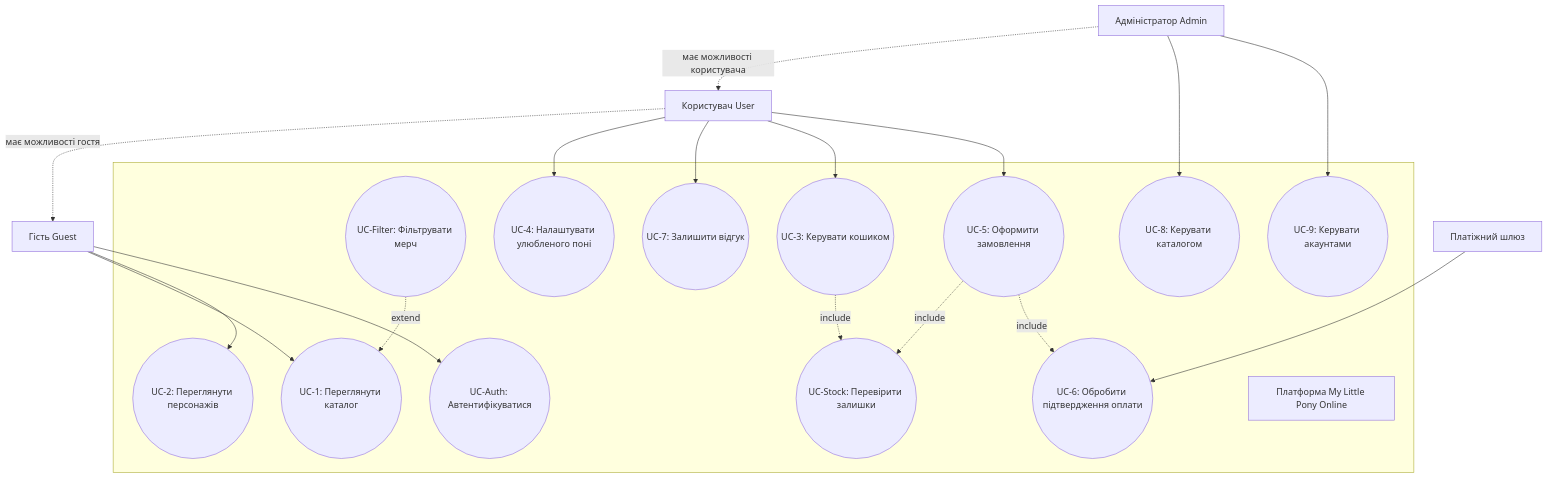
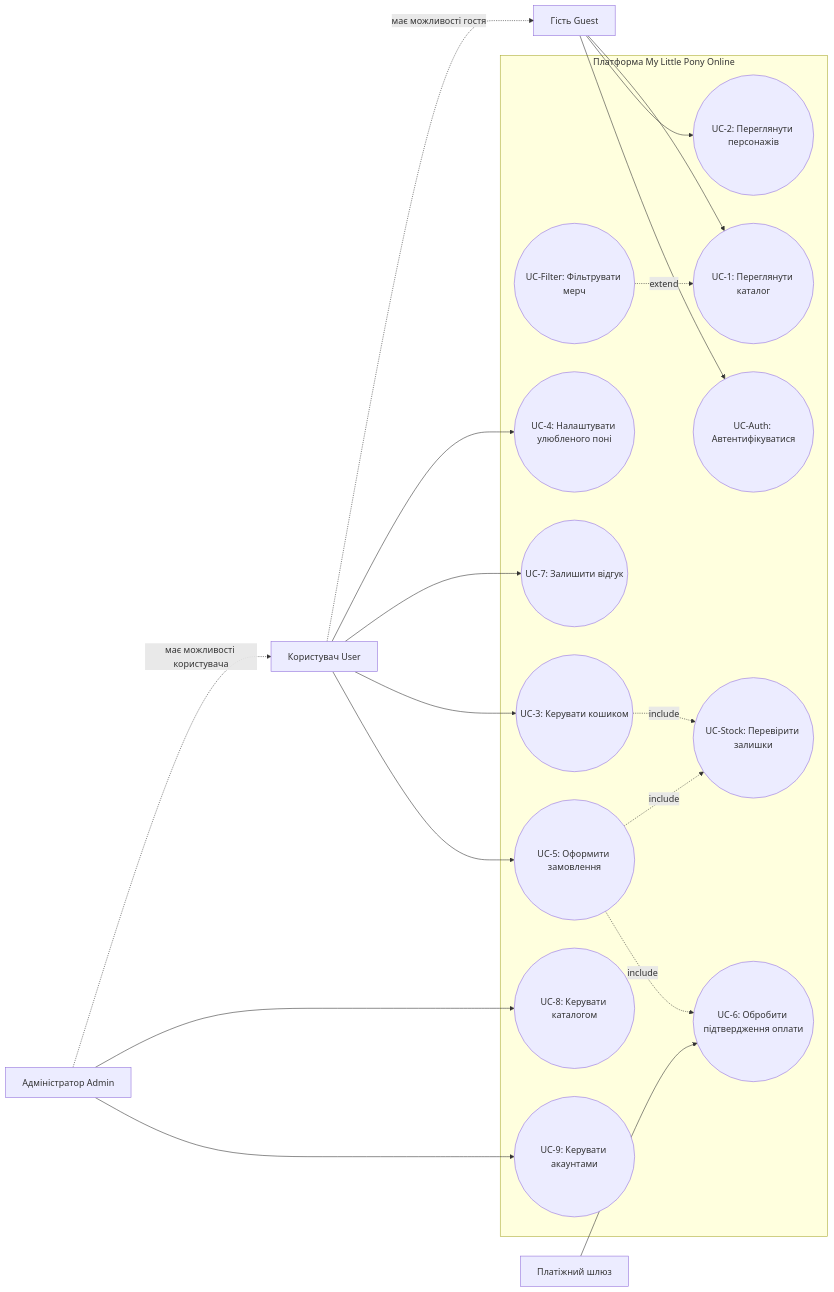
One commit to XxMariavxX/Mavpz-labs changed the diagram in lab2/use_case.mmd. Above: the diagram before and after it, drawn with Mermaid. The commit also changed 2 other files, not shown here.

Commit message:
refactor: view of d

````diff
--- a/lab2/use_case.mmd
+++ b/lab2/use_case.mmd
@@ -1,44 +1,41 @@
 ```mermaid
-flowchart TB
+flowchart LR
     Guest[Гість Guest]
     User[Користувач User]
     Admin[Адміністратор Admin]
     PG[Платіжний шлюз]
 
     User -.->|має можливості гостя| Guest
     Admin -.->|має можливості користувача| User
 
-    subgraph Platform[ ]
+    subgraph Platform[Платформа My Little Pony Online]
         UC1((UC-1: Переглянути каталог))
         UC2((UC-2: Переглянути персонажів))
         UCF((UC-Filter: Фільтрувати мерч))
         UCA((UC-Auth: Автентифікуватися))
         UC4((UC-4: Налаштувати улюбленого поні))
         UC7((UC-7: Залишити відгук))
         UC3((UC-3: Керувати кошиком))
         UC5((UC-5: Оформити замовлення))
         UCS((UC-Stock: Перевірити залишки))
         UC6((UC-6: Обробити підтвердження оплати))
         UC8((UC-8: Керувати каталогом))
         UC9((UC-9: Керувати акаунтами))
-        PlatformTitle[Платформа My Little Pony Online]
-        UC8 ~~~ PlatformTitle
-        UC9 ~~~ PlatformTitle
     end
 
     Guest --> UC1
     Guest --> UC2
     Guest --> UCA
     User --> UC4
     User --> UC7
     User --> UC3
     User --> UC5
     Admin --> UC8
     Admin --> UC9
     PG --> UC6
 
     UCF -.->|extend| UC1
     UC3 -.->|include| UCS
     UC5 -.->|include| UCS
     UC5 -.->|include| UC6
 ```
````
